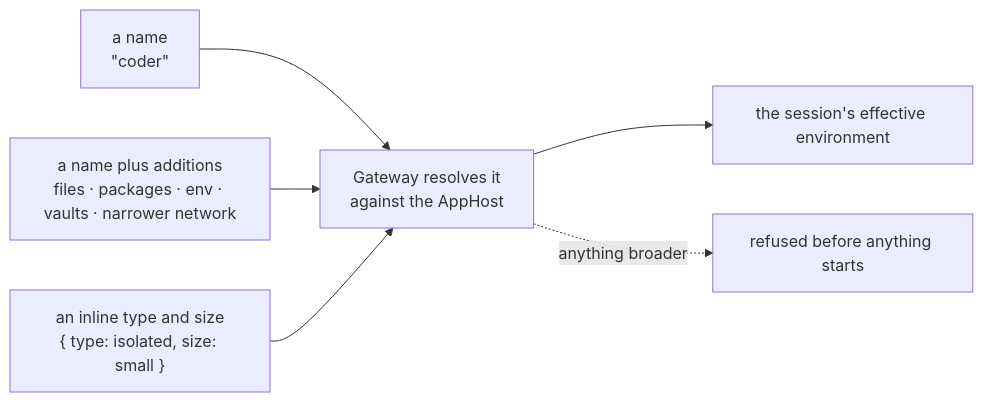
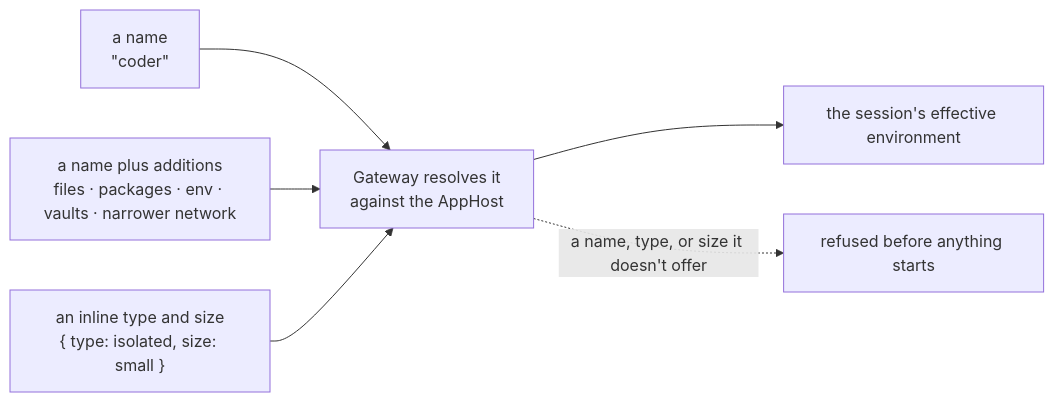
One commit to patniko/managed-copilot-sdk changed the third of 3 diagrams in docs/concepts/environments.md. Above: the diagram before and after it, drawn with Mermaid. The commit also changed other lines of this file and 18 other files, not shown here.

````diff
--- a/docs/concepts/environments.md
+++ b/docs/concepts/environments.md
@@ -67,8 +67,8 @@
 ```mermaid
 flowchart LR
   N["a name<br/>&quot;coder&quot;"] --> R["Gateway resolves it<br/>against the AppHost"]
   A["a name plus additions<br/>files · packages · env · vaults · narrower network"] --> R
   T["an inline type and size<br/>{ type: isolated, size: small }"] --> R
   R --> OK["the session's effective environment"]
-  R -. "anything broader" .-> No["refused before anything starts"]
+  R -. "a name, type, or size it doesn't offer" .-> No["refused before anything starts"]
 ```
````
